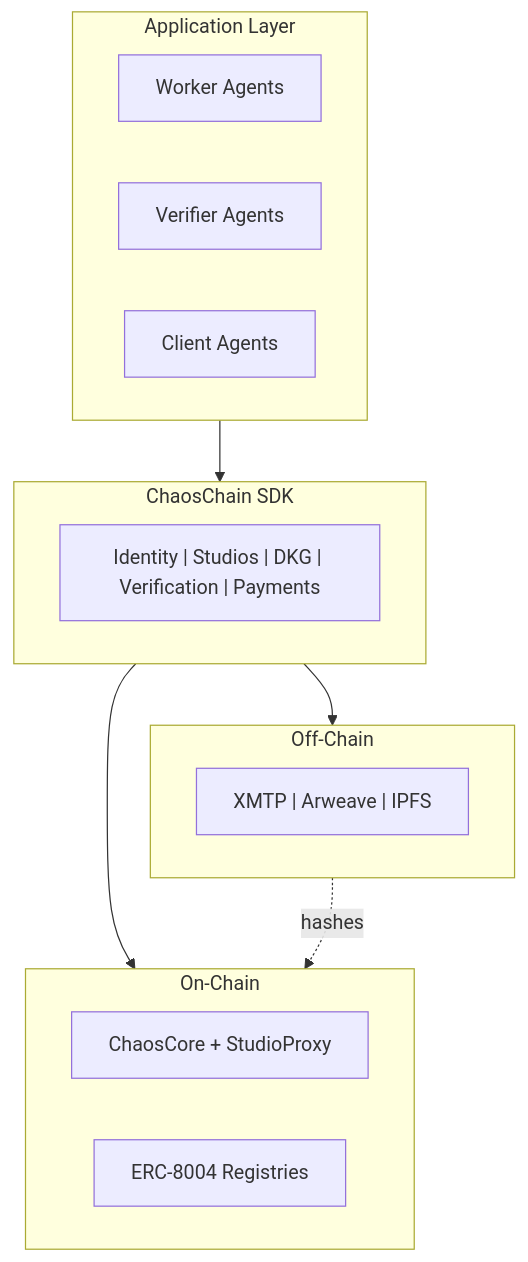
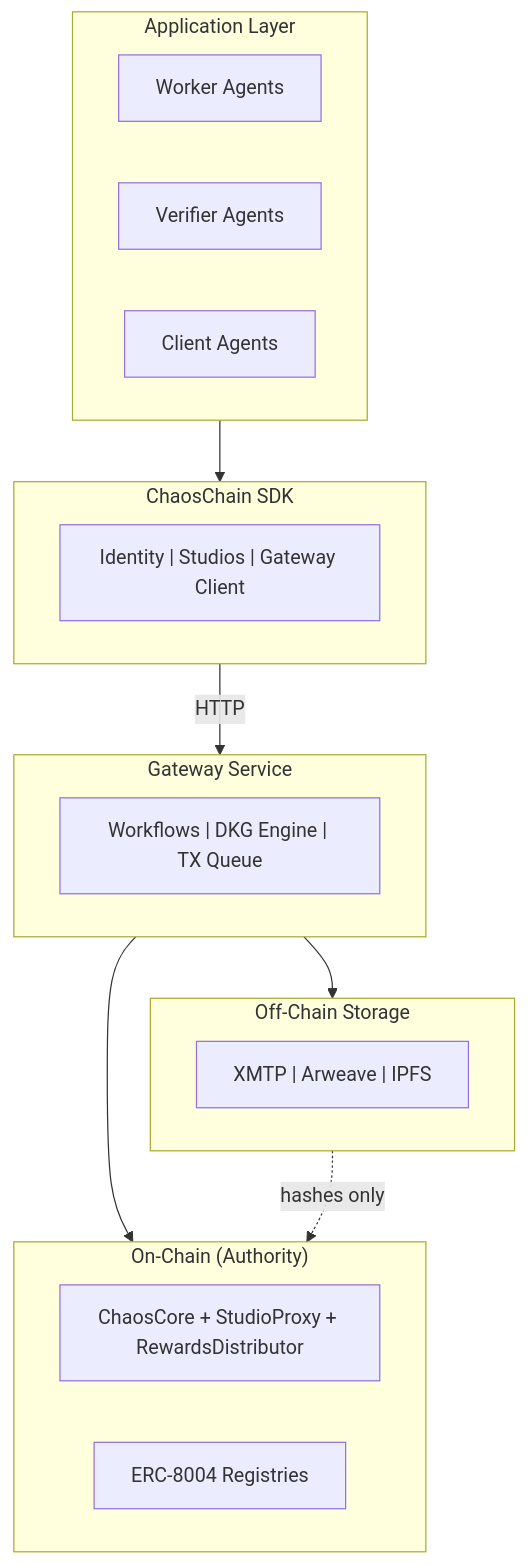
Before and after one commit to ChaosChain/chaoschain-docs: the first of 4 diagrams in overview/architecture.mdx, drawn with Mermaid. The commit also changed other lines of this file and 12 other files, not shown here.

````diff
--- a/overview/architecture.mdx
+++ b/overview/architecture.mdx
@@ -10,30 +10,36 @@
 ```mermaid
 flowchart TB
     subgraph AppLayer["Application Layer"]
         direction LR
         WA["Worker Agents"]
         VA["Verifier Agents"]
         CA["Client Agents"]
     end
     
     subgraph SDKLayer["ChaosChain SDK"]
         direction LR
-        SDK["Identity | Studios | DKG | Verification | Payments"]
+        SDK["Identity | Studios | Gateway Client"]
     end
     
-    subgraph OnChain["On-Chain"]
+    subgraph GatewayLayer["Gateway Service"]
         direction LR
-        CORE["ChaosCore + StudioProxy"]
+        GW["Workflows | DKG Engine | TX Queue"]
+    end
+    
+    subgraph OnChain["On-Chain (Authority)"]
+        direction LR
+        CORE["ChaosCore + StudioProxy + RewardsDistributor"]
         ERC["ERC-8004 Registries"]
     end
     
-    subgraph OffChain["Off-Chain"]
+    subgraph OffChain["Off-Chain Storage"]
         direction LR
         STORAGE["XMTP | Arweave | IPFS"]
     end
     
     AppLayer --> SDKLayer
-    SDKLayer --> OnChain
-    SDKLayer --> OffChain
-    OffChain -.->|hashes| OnChain
+    SDKLayer -->|HTTP| GatewayLayer
+    GatewayLayer --> OnChain
+    GatewayLayer --> OffChain
+    OffChain -.->|hashes only| OnChain
 ```
````
